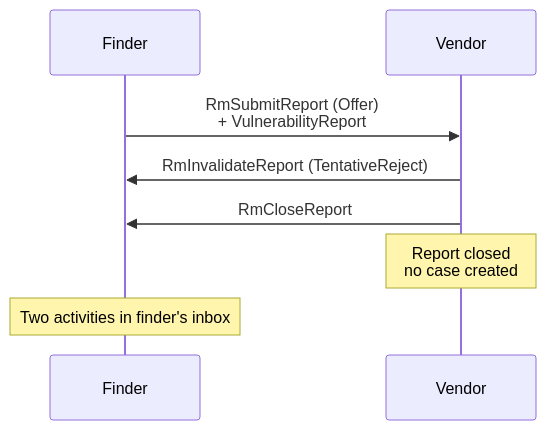
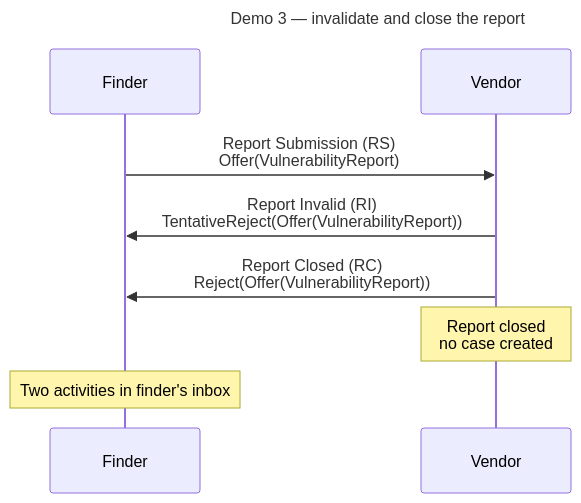
The third of 3 diagrams in docs/tutorials/receive_report_demo.md (CERTCC/Vultron), drawn with Mermaid before and after one commit. The commit also changed other lines of this file and 24 other files, not shown here.

````diff
--- a/docs/tutorials/receive_report_demo.md
+++ b/docs/tutorials/receive_report_demo.md
@@ -166,11 +170,14 @@
 ```mermaid
+---
+title: Demo 3 — invalidate and close the report
+---
 sequenceDiagram
     participant F as Finder
     participant V as Vendor
 
-    F->>V: RmSubmitReport (Offer)<br/>+ VulnerabilityReport
-    V->>F: RmInvalidateReport (TentativeReject)
-    V->>F: RmCloseReport
+    F->>V: Report Submission (RS)<br/>Offer(VulnerabilityReport)
+    V->>F: Report Invalid (RI)<br/>TentativeReject(Offer(VulnerabilityReport))
+    V->>F: Report Closed (RC)<br/>Reject(Offer(VulnerabilityReport))
     Note over V: Report closed<br/>no case created
     Note over F: Two activities in finder's inbox
 ```
````
